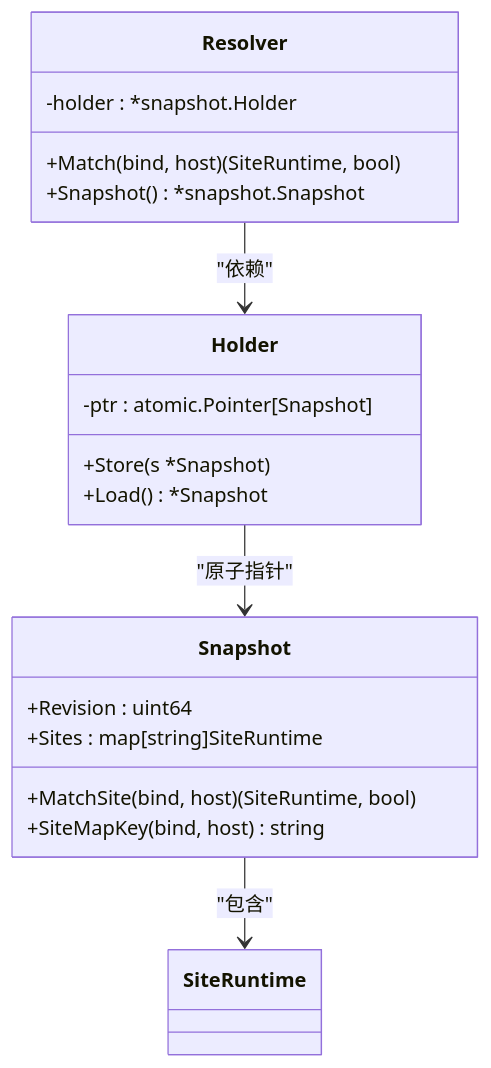
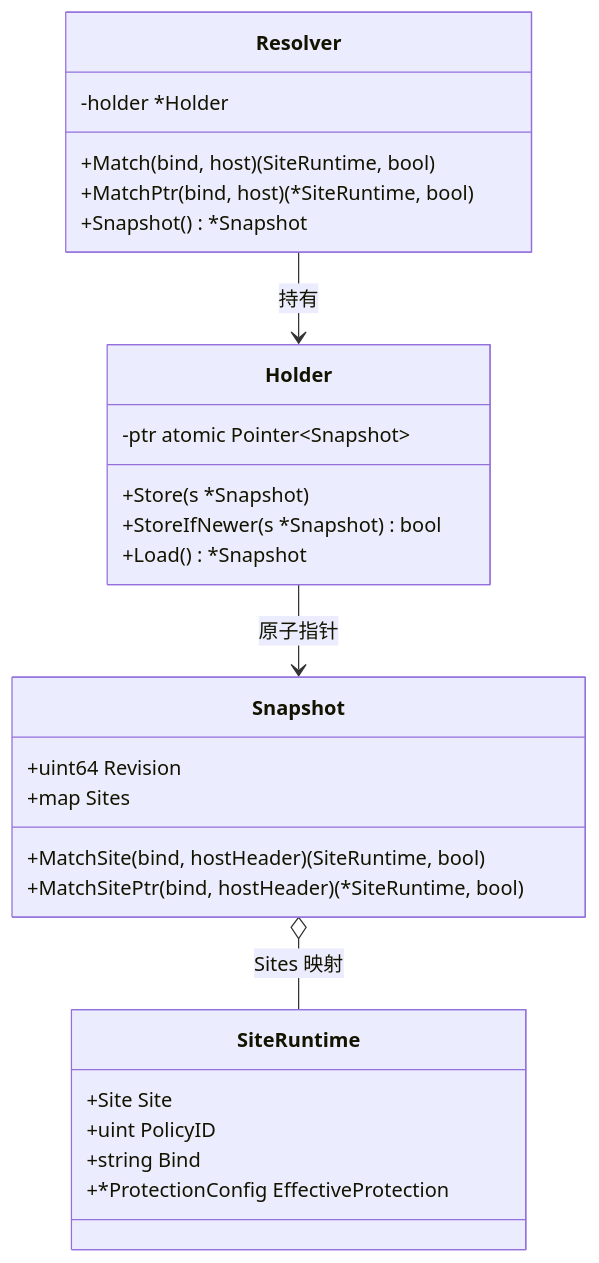
The third of 9 diagrams in docs/WAF 引擎系统/引擎核心架构/站点解析器.md (x01n/My-OpenWaf), drawn with Mermaid before and after one commit. The commit also changed other lines of this file and 622 other files, not shown here.

````diff
--- a/docs/WAF 引擎系统/引擎核心架构/站点解析器.md
+++ b/docs/WAF 引擎系统/引擎核心架构/站点解析器.md
@@ -149,22 +194,30 @@
 ```mermaid
 classDiagram
 class Resolver {
--holder : *snapshot.Holder
+-holder *Holder
 +Match(bind, host) (SiteRuntime, bool)
-+Snapshot() *snapshot.Snapshot
++MatchPtr(bind, host) (*SiteRuntime, bool)
++Snapshot() *Snapshot
 }
 class Holder {
--ptr : atomic.Pointer[Snapshot]
+-ptr atomic Pointer~Snapshot~
 +Store(s *Snapshot)
++StoreIfNewer(s *Snapshot) bool
 +Load() *Snapshot
 }
 class Snapshot {
-+Revision : uint64
-+Sites : map[string]SiteRuntime
-+MatchSite(bind, host) (SiteRuntime, bool)
-+SiteMapKey(bind, host) string
++uint64 Revision
++map Sites
++MatchSite(bind, hostHeader) (SiteRuntime, bool)
++MatchSitePtr(bind, hostHeader) (*SiteRuntime, bool)
 }
-Resolver --> Holder : "依赖"
-Holder --> Snapshot : "原子指针"
-Snapshot --> SiteRuntime : "包含"
+class SiteRuntime {
++Site Site
++uint PolicyID
++string Bind
++*ProtectionConfig EffectiveProtection
+}
+Resolver --> Holder : 持有
+Holder --> Snapshot : 原子指针
+Snapshot o-- SiteRuntime : Sites 映射
 ```
````
